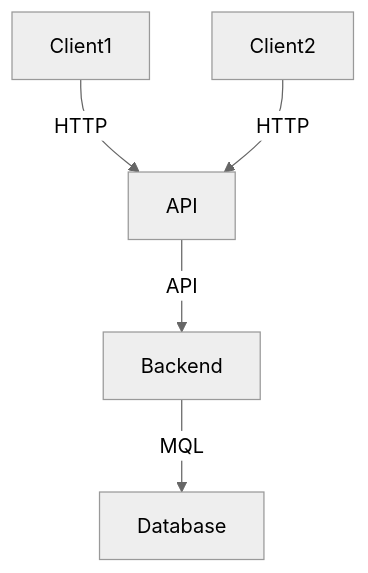
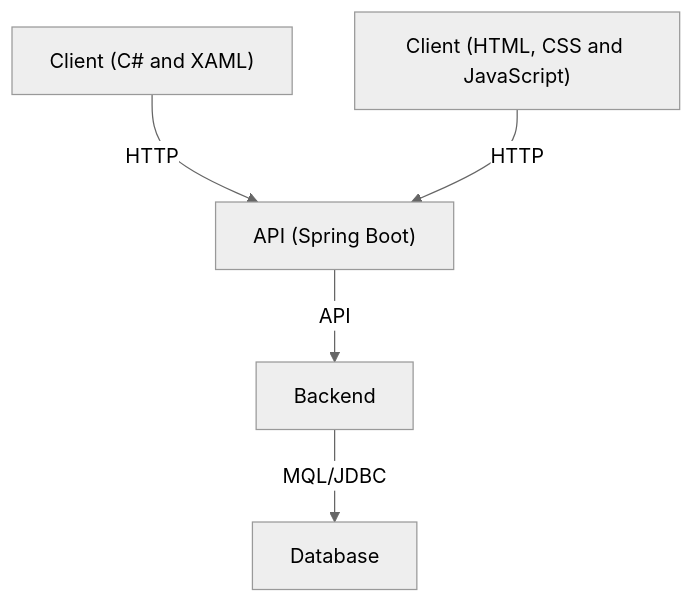
The first of 7 diagrams in README.md (Terroan/POS_VotingApp), drawn with Mermaid (neutral theme) before and after one commit. The commit also changed other lines of this file, not shown here.

````diff
--- a/README.md
+++ b/README.md
@@ -24,7 +27,7 @@
 ```mermaid
 graph TD;
-    Client1 -->|HTTP| API;
-    Client2 -->|HTTP| API;
+    Client1["Client (C# and XAML)"] -->|HTTP| API["API (Spring Boot)"];
+    Client2["Client (HTML, CSS and JavaScript)"] -->|HTTP| API["API (Spring Boot)"];
     API -->|API| Backend;
-    Backend -->|MQL| Database;
+    Backend -->|MQL/JDBC| Database;
 ```
````
